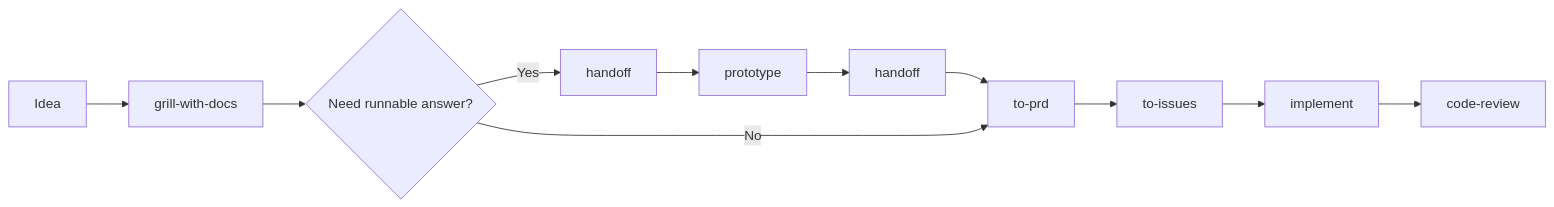
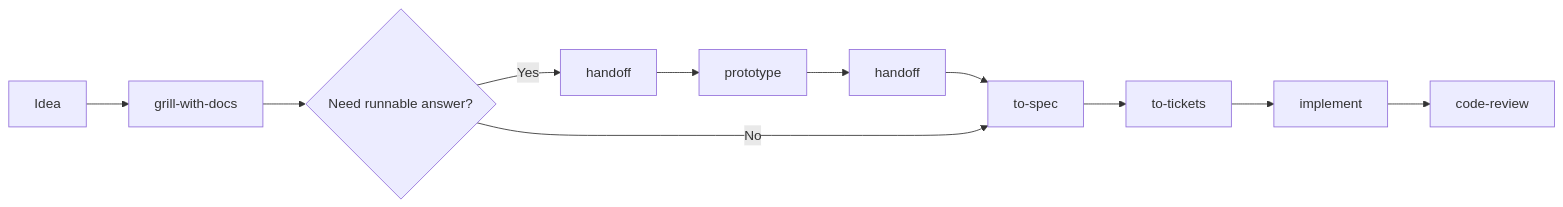
The diagram in docs/docs/getting-started.md (maccalsa/skills), drawn with Mermaid before and after one commit. The commit also changed 108 other files, not shown here.

````diff
--- a/docs/docs/getting-started.md
+++ b/docs/docs/getting-started.md
@@ -55,13 +55,13 @@
 ```mermaid
 flowchart LR
   idea[Idea] --> grill[grill-with-docs]
   grill --> decision{Need runnable answer?}
   decision -->|Yes| handoff1[handoff]
   handoff1 --> proto[prototype]
   proto --> handoff2[handoff]
-  handoff2 --> prd[to-prd]
+  handoff2 --> prd[to-spec]
   decision -->|No| prd
-  prd --> issues[to-issues]
+  prd --> issues[to-tickets]
   issues --> implement[implement]
   implement --> review[code-review]
 ```
````
